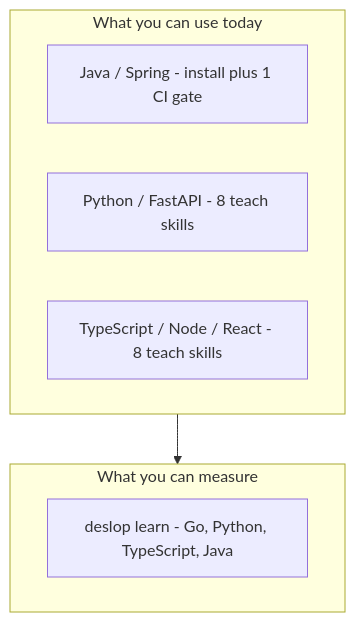
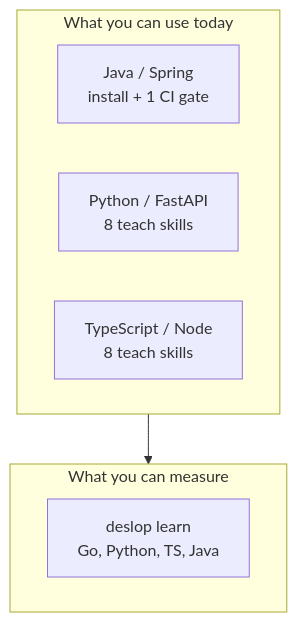
The second of 5 diagrams in README.md (Amaresh/deslop), drawn with Mermaid before and after one commit. The commit also changed other lines of this file, not shown here.

First line of the commit message:
docs: shorten mermaid labels so GitHub does not clip them

````diff
--- a/README.md
+++ b/README.md
@@ -36,12 +36,12 @@
 ```mermaid
 flowchart TB
   subgraph available [What you can use today]
-    J["Java / Spring - install plus 1 CI gate"]
-    P["Python / FastAPI - 8 teach skills"]
-    T["TypeScript / Node / React - 8 teach skills"]
+    J["Java / Spring<br/>install + 1 CI gate"]
+    P["Python / FastAPI<br/>8 teach skills"]
+    T["TypeScript / Node<br/>8 teach skills"]
   end
   subgraph discover [What you can measure]
-    L["deslop learn - Go, Python, TypeScript, Java"]
+    L["deslop learn<br/>Go, Python, TS, Java"]
   end
   available --> discover
 ```
````
